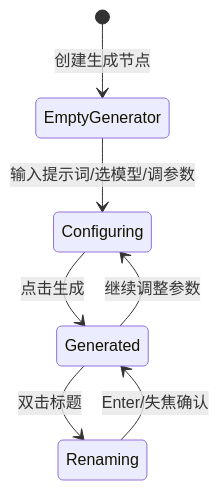
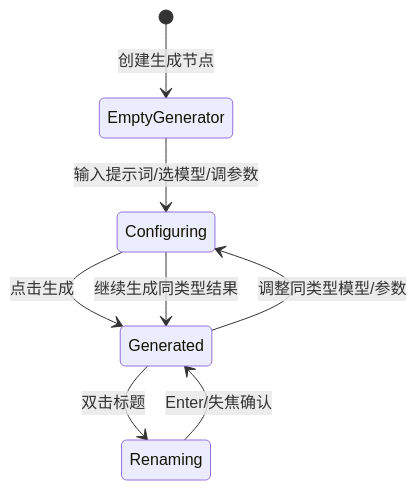
Before and after one commit to Heo7n/reelay-canvas-prototype: the second of 2 diagrams in docs/current-product-spec.md, drawn with Mermaid. The commit also changed other lines of this file and 5 other files, not shown here.

````diff
--- a/docs/current-product-spec.md
+++ b/docs/current-product-spec.md
@@ -304,9 +336,10 @@
 ```mermaid
 stateDiagram-v2
   [*] --> EmptyGenerator: 创建生成节点
   EmptyGenerator --> Configuring: 输入提示词/选模型/调参数
   Configuring --> Generated: 点击生成
   Generated --> Renaming: 双击标题
   Renaming --> Generated: Enter/失焦确认
-  Generated --> Configuring: 继续调整参数
+  Generated --> Configuring: 调整同类型模型/参数
+  Configuring --> Generated: 继续生成同类型结果
 ```
````
